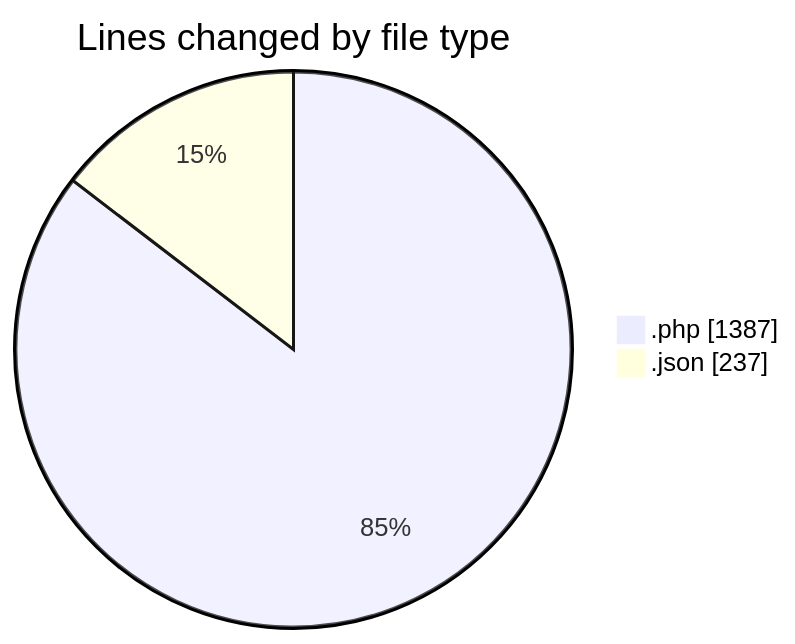
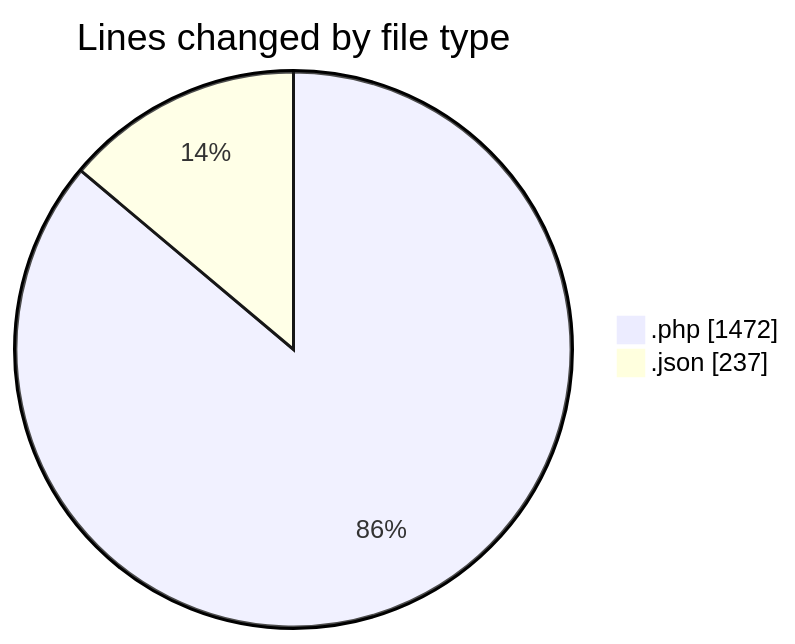
Before and after one commit to idhammustaqopulfikri/code-tracking: the first of 2 diagrams in 2025-06-16/studio-backend/README.md, drawn with Mermaid. The commit also changed other lines of this file and 1 other file, not shown here.

````diff
--- a/2025-06-16/studio-backend/README.md
+++ b/2025-06-16/studio-backend/README.md
@@ -29,6 +30,6 @@
 ```mermaid
 pie showData
 title Lines changed by file type
-".php" : 1387
+".php" : 1472
 ".json" : 237
 ```
````
